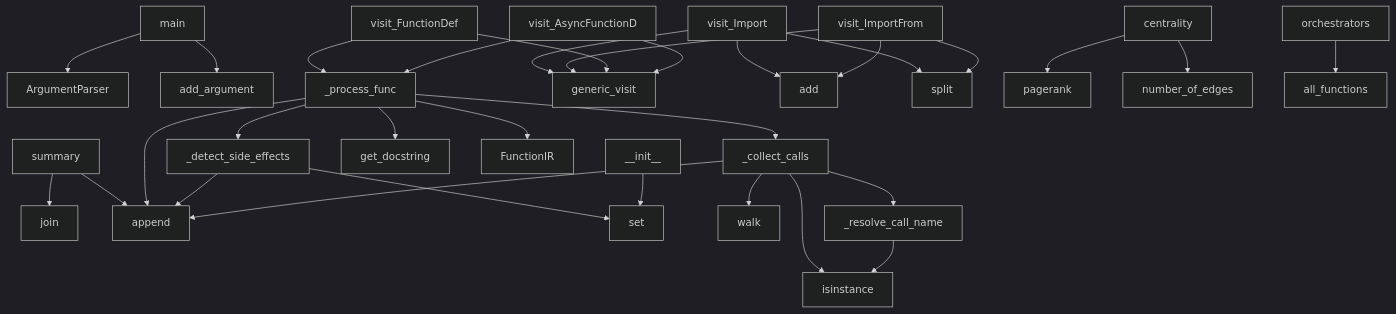
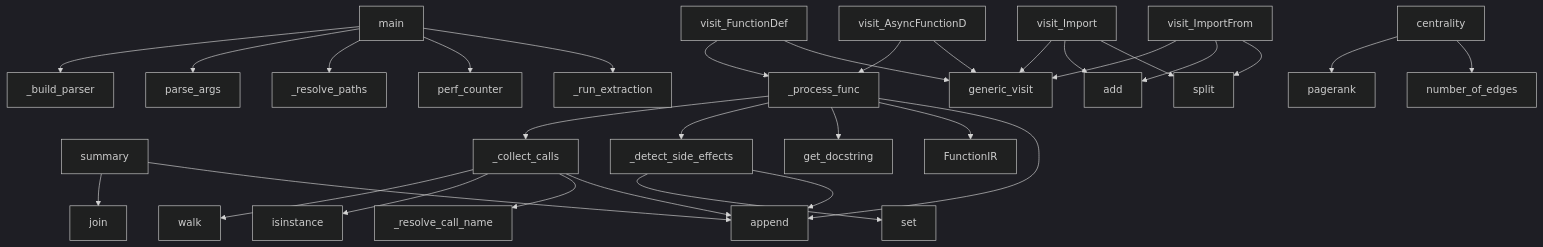
One commit to semcod/code2schema changed the diagram in project/context.md. Above: the diagram before and after it, drawn with Mermaid (dark theme). The commit also changed other lines of this file and 36 other files, not shown here.

````diff
--- a/project/context.md
+++ b/project/context.md
@@ -303,33 +274,33 @@
 ```mermaid
 graph TD
-    main --> ArgumentParser
-    main --> add_argument
+    main --> _build_parser
+    main --> parse_args
+    main --> _resolve_paths
+    main --> perf_counter
+    main --> _run_extraction
     summary --> join
     summary --> append
     _process_func --> _collect_calls
     _process_func --> _detect_side_effects
     _process_func --> get_docstring
     _process_func --> FunctionIR
     _process_func --> append
     _detect_side_effects --> set
     _detect_side_effects --> append
     _collect_calls --> walk
     _collect_calls --> isinstance
     _collect_calls --> _resolve_call_name
     _collect_calls --> append
     visit_Import --> generic_visit
     visit_Import --> add
     visit_Import --> split
     visit_ImportFrom --> generic_visit
     visit_ImportFrom --> add
     visit_ImportFrom --> split
     centrality --> pagerank
     centrality --> number_of_edges
     visit_FunctionDef --> _process_func
     visit_FunctionDef --> generic_visit
     visit_AsyncFunctionD --> _process_func
     visit_AsyncFunctionD --> generic_visit
-    _resolve_call_name --> isinstance
-    __init__ --> set
-    orchestrators --> all_functions
 ```
````
